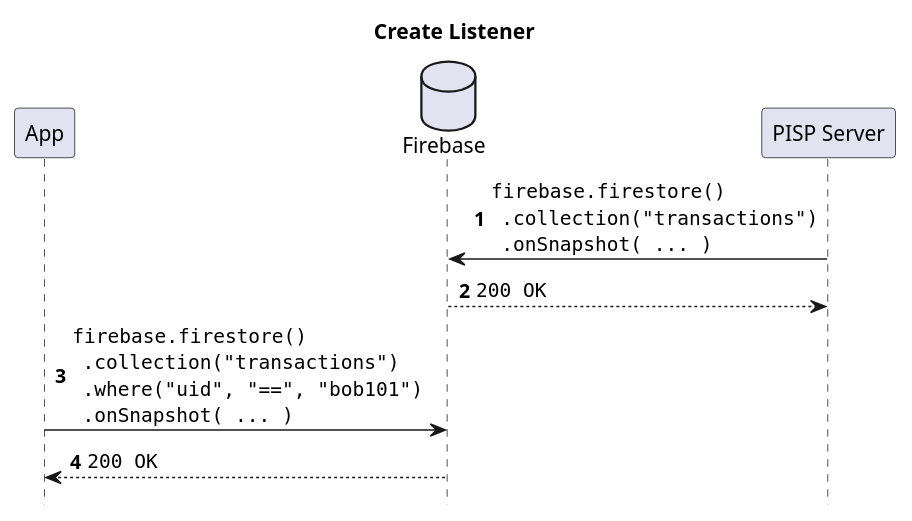
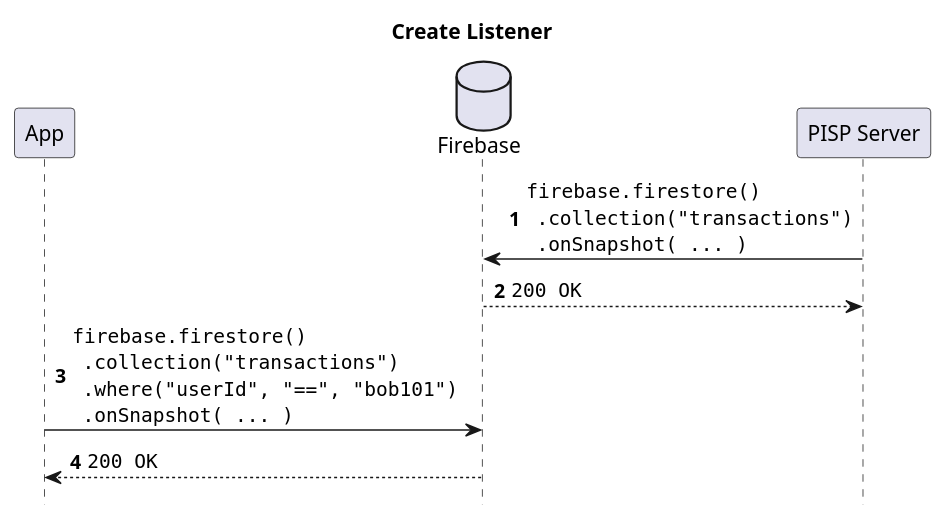
The diagram in docs/assets/diagrams/transfer/01-create-listener.puml (mojaloop/contrib-pisp-demo-svc), drawn with PlantUML before and after one commit.

Commit message:
fix(docs): change uid to userId

```diff
--- a/docs/assets/diagrams/transfer/01-create-listener.puml
+++ b/docs/assets/diagrams/transfer/01-create-listener.puml
@@ -1,24 +1,24 @@
 @startuml
 
 title Create Listener
 
 hide footbox
 
 autonumber
 
 participant App
 database Firebase
 participant "PISP Server" as PISP
 
 PISP -> Firebase: ""firebase.firestore()""\n\
   "".collection("transactions")""\n\
   "".onSnapshot( ... )""
 return ""200 OK""
 
 App -> Firebase: ""firebase.firestore()""\n\
   "".collection("transactions")""\n\
-  "".where("uid", "==", "bob101")""\n\
+  "".where("userId", "==", "bob101")""\n\
   "".onSnapshot( ... )""
 return ""200 OK""
 
 @enduml
```
